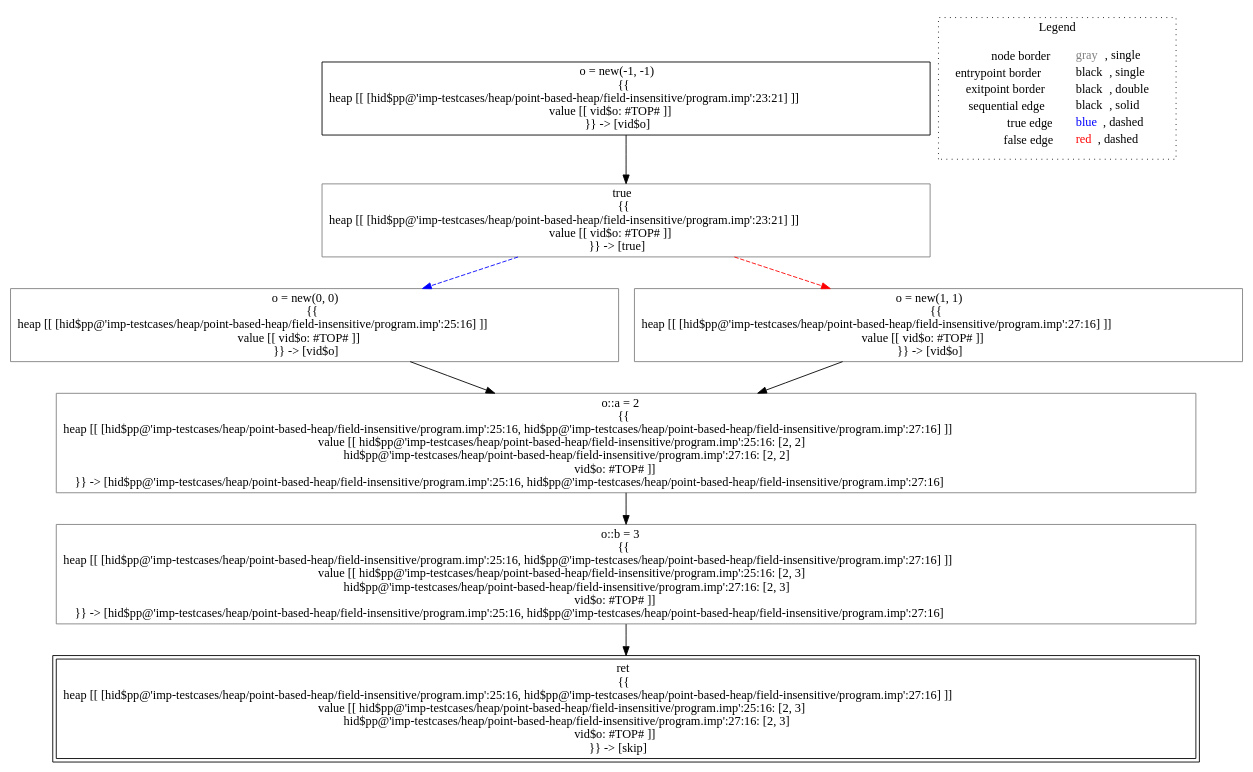
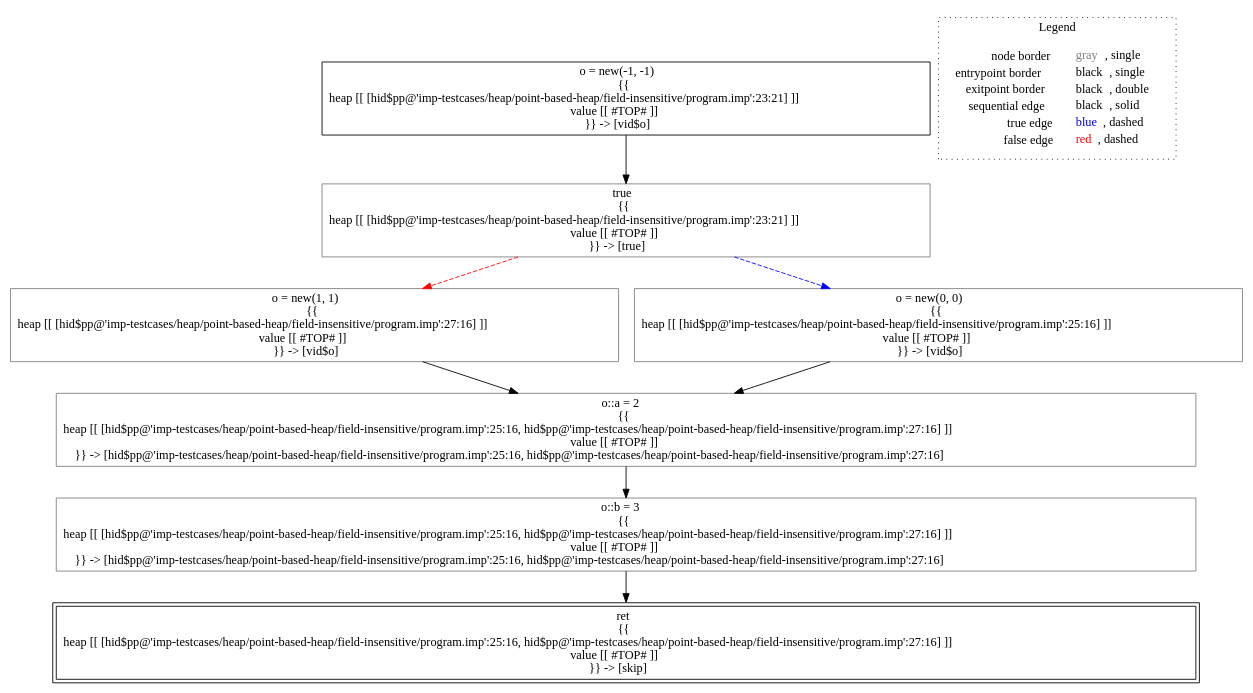
The diagram in lisa/imp-testcases/heap/point-based-heap/field-insensitive/analysis___untyped_A.f3(A_this).dot (lisa-analyzer/lisa), drawn with Graphviz before and after one commit. The commit also changed 15 other files, not shown here.

Commit message:
restored old point-based heap, canProcess method for non relational domains

```diff
--- a/lisa/imp-testcases/heap/point-based-heap/field-insensitive/analysis___untyped_A.f3(A_this).dot
+++ b/lisa/imp-testcases/heap/point-based-heap/field-insensitive/analysis___untyped_A.f3(A_this).dot
@@ -1,23 +1,23 @@
 digraph {
-	"node0" [shape="rect",color="black",label=<o = new(-1, -1)<BR/>{{<BR/>heap [[ [hid$pp@'imp-testcases/heap/point-based-heap/field-insensitive/program.imp':23:21] ]]<BR/>value [[ vid$o: #TOP# ]]<BR/>}} -&gt; [vid$o]>];
-	"node1" [shape="rect",color="gray",label=<o::b = 3<BR/>{{<BR/>heap [[ [hid$pp@'imp-testcases/heap/point-based-heap/field-insensitive/program.imp':25:16, hid$pp@'imp-testcases/heap/point-based-heap/field-insensitive/program.imp':27:16] ]]<BR/>value [[ hid$pp@'imp-testcases/heap/point-based-heap/field-insensitive/program.imp':25:16: [2, 3]<BR/>hid$pp@'imp-testcases/heap/point-based-heap/field-insensitive/program.imp':27:16: [2, 3]<BR/>vid$o: #TOP# ]]<BR/>}} -&gt; [hid$pp@'imp-testcases/heap/point-based-heap/field-insensitive/program.imp':25:16, hid$pp@'imp-testcases/heap/point-based-heap/field-insensitive/program.imp':27:16]>];
-	"node2" [shape="rect",color="gray",label=<true<BR/>{{<BR/>heap [[ [hid$pp@'imp-testcases/heap/point-based-heap/field-insensitive/program.imp':23:21] ]]<BR/>value [[ vid$o: #TOP# ]]<BR/>}} -&gt; [true]>];
-	"node3" [shape="rect",color="gray",label=<o = new(0, 0)<BR/>{{<BR/>heap [[ [hid$pp@'imp-testcases/heap/point-based-heap/field-insensitive/program.imp':25:16] ]]<BR/>value [[ vid$o: #TOP# ]]<BR/>}} -&gt; [vid$o]>];
-	"node4" [shape="rect",color="gray",label=<o = new(1, 1)<BR/>{{<BR/>heap [[ [hid$pp@'imp-testcases/heap/point-based-heap/field-insensitive/program.imp':27:16] ]]<BR/>value [[ vid$o: #TOP# ]]<BR/>}} -&gt; [vid$o]>];
-	"node5" [shape="rect",color="gray",label=<o::a = 2<BR/>{{<BR/>heap [[ [hid$pp@'imp-testcases/heap/point-based-heap/field-insensitive/program.imp':25:16, hid$pp@'imp-testcases/heap/point-based-heap/field-insensitive/program.imp':27:16] ]]<BR/>value [[ hid$pp@'imp-testcases/heap/point-based-heap/field-insensitive/program.imp':25:16: [2, 2]<BR/>hid$pp@'imp-testcases/heap/point-based-heap/field-insensitive/program.imp':27:16: [2, 2]<BR/>vid$o: #TOP# ]]<BR/>}} -&gt; [hid$pp@'imp-testcases/heap/point-based-heap/field-insensitive/program.imp':25:16, hid$pp@'imp-testcases/heap/point-based-heap/field-insensitive/program.imp':27:16]>];
-	"node6" [shape="rect",color="black",peripheries="2",label=<ret<BR/>{{<BR/>heap [[ [hid$pp@'imp-testcases/heap/point-based-heap/field-insensitive/program.imp':25:16, hid$pp@'imp-testcases/heap/point-based-heap/field-insensitive/program.imp':27:16] ]]<BR/>value [[ hid$pp@'imp-testcases/heap/point-based-heap/field-insensitive/program.imp':25:16: [2, 3]<BR/>hid$pp@'imp-testcases/heap/point-based-heap/field-insensitive/program.imp':27:16: [2, 3]<BR/>vid$o: #TOP# ]]<BR/>}} -&gt; [skip]>];
-	"node1" -> "node6" [color="black"];
-	"node2" -> "node3" [color="blue",style="dashed"];
-	"node2" -> "node4" [color="red",style="dashed"];
-	"node3" -> "node5" [color="black"];
-	"node4" -> "node5" [color="black"];
+	"node0" [shape="rect",color="black",label=<o = new(-1, -1)<BR/>{{<BR/>heap [[ [hid$pp@'imp-testcases/heap/point-based-heap/field-insensitive/program.imp':23:21] ]]<BR/>value [[ #TOP# ]]<BR/>}} -&gt; [vid$o]>];
+	"node1" [shape="rect",color="gray",label=<o::a = 2<BR/>{{<BR/>heap [[ [hid$pp@'imp-testcases/heap/point-based-heap/field-insensitive/program.imp':25:16, hid$pp@'imp-testcases/heap/point-based-heap/field-insensitive/program.imp':27:16] ]]<BR/>value [[ #TOP# ]]<BR/>}} -&gt; [hid$pp@'imp-testcases/heap/point-based-heap/field-insensitive/program.imp':25:16, hid$pp@'imp-testcases/heap/point-based-heap/field-insensitive/program.imp':27:16]>];
+	"node2" [shape="rect",color="black",peripheries="2",label=<ret<BR/>{{<BR/>heap [[ [hid$pp@'imp-testcases/heap/point-based-heap/field-insensitive/program.imp':25:16, hid$pp@'imp-testcases/heap/point-based-heap/field-insensitive/program.imp':27:16] ]]<BR/>value [[ #TOP# ]]<BR/>}} -&gt; [skip]>];
+	"node3" [shape="rect",color="gray",label=<true<BR/>{{<BR/>heap [[ [hid$pp@'imp-testcases/heap/point-based-heap/field-insensitive/program.imp':23:21] ]]<BR/>value [[ #TOP# ]]<BR/>}} -&gt; [true]>];
+	"node4" [shape="rect",color="gray",label=<o::b = 3<BR/>{{<BR/>heap [[ [hid$pp@'imp-testcases/heap/point-based-heap/field-insensitive/program.imp':25:16, hid$pp@'imp-testcases/heap/point-based-heap/field-insensitive/program.imp':27:16] ]]<BR/>value [[ #TOP# ]]<BR/>}} -&gt; [hid$pp@'imp-testcases/heap/point-based-heap/field-insensitive/program.imp':25:16, hid$pp@'imp-testcases/heap/point-based-heap/field-insensitive/program.imp':27:16]>];
+	"node5" [shape="rect",color="gray",label=<o = new(1, 1)<BR/>{{<BR/>heap [[ [hid$pp@'imp-testcases/heap/point-based-heap/field-insensitive/program.imp':27:16] ]]<BR/>value [[ #TOP# ]]<BR/>}} -&gt; [vid$o]>];
+	"node6" [shape="rect",color="gray",label=<o = new(0, 0)<BR/>{{<BR/>heap [[ [hid$pp@'imp-testcases/heap/point-based-heap/field-insensitive/program.imp':25:16] ]]<BR/>value [[ #TOP# ]]<BR/>}} -&gt; [vid$o]>];
+	"node1" -> "node4" [color="black"];
+	"node3" -> "node5" [color="red",style="dashed"];
+	"node3" -> "node6" [color="blue",style="dashed"];
+	"node4" -> "node2" [color="black"];
 	"node5" -> "node1" [color="black"];
-	"node0" -> "node2" [color="black"];
+	"node0" -> "node3" [color="black"];
+	"node6" -> "node1" [color="black"];
 subgraph cluster_legend {
 	label="Legend";
 	style=dotted;
 	node [shape=plaintext];
 	"legend" [label=<<table border="0" cellpadding="2" cellspacing="0" cellborder="0"><tr><td align="right">node border&nbsp;</td><td align="left"><font color="gray">gray</font>, single</td></tr><tr><td align="right">entrypoint border&nbsp;</td><td align="left"><font color="black">black</font>, single</td></tr><tr><td align="right">exitpoint border&nbsp;</td><td align="left"><font color="black">black</font>, double</td></tr><tr><td align="right">sequential edge&nbsp;</td><td align="left"><font color="black">black</font>, solid</td></tr><tr><td align="right">true edge&nbsp;</td><td align="left"><font color="blue">blue</font>, dashed</td></tr><tr><td align="right">false edge&nbsp;</td><td align="left"><font color="red">red</font>, dashed</td></tr></table>>];
 }
 
 }
```
